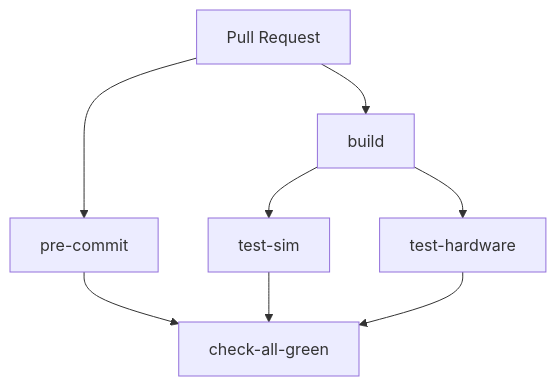
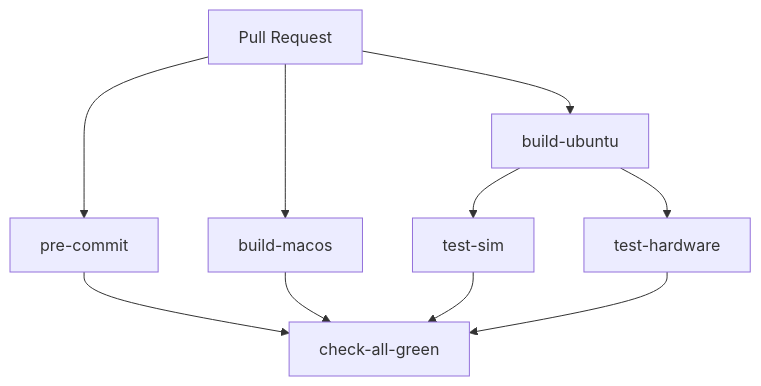
Before and after one commit to tenstorrent/tt-lang: the diagram in .github/README.md, drawn with Mermaid. The commit also changed other lines of this file, not shown here.

````diff
--- a/.github/README.md
+++ b/.github/README.md
@@ -9,10 +7,12 @@
 ```mermaid
 graph TD
     A[Pull Request] --> B[pre-commit]
-    A --> C[build]
-    C --> D[test-sim]
-    C --> E[test-hardware]
-    B --> F[check-all-green]
-    D --> F
-    E --> F
+    A --> C[build-ubuntu]
+    A --> D[build-macos]
+    C --> E[test-sim]
+    C --> F[test-hardware]
+    B --> G[check-all-green]
+    D --> G
+    E --> G
+    F --> G
 ```
````
